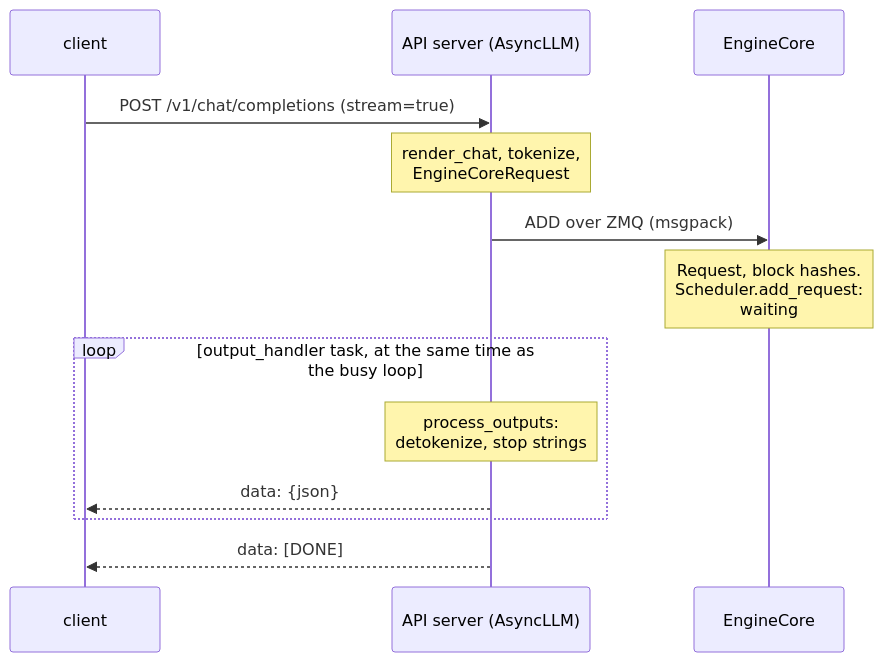
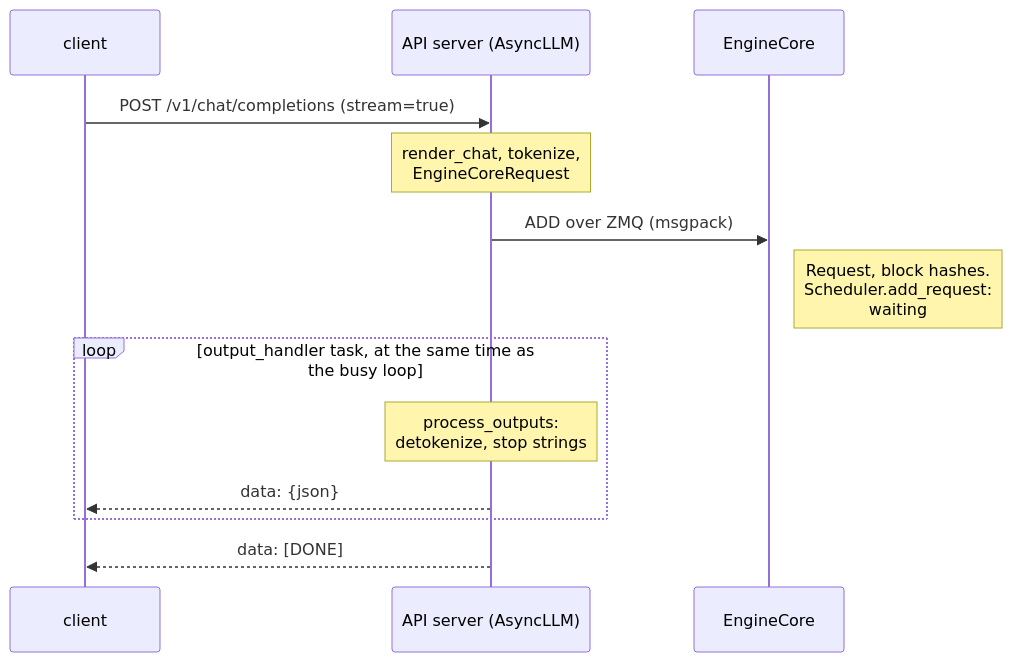
Before and after one commit to aniryou/full-stack-agentic-engineer: the second of 7 diagrams in 04-inference-engine/vllm-internals/vllm-internals-primer.md, drawn with Mermaid. The commit also changed other lines of this file and 15 other files, not shown here.

First line of the commit message:
WIP snapshot: the figure round (charts, improvements, additions) in progress (2026-10-30T18:37:14Z); not validated [skip ci]

````diff
--- a/04-inference-engine/vllm-internals/vllm-internals-primer.md
+++ b/04-inference-engine/vllm-internals/vllm-internals-primer.md
@@ -215,15 +215,15 @@
 ```mermaid
 sequenceDiagram
     participant C as client
     participant A as API server (AsyncLLM)
     participant E as EngineCore
     C->>A: POST /v1/chat/completions (stream=true)
     Note over A: render_chat, tokenize,<br/>EngineCoreRequest
     A->>E: ADD over ZMQ (msgpack)
-    Note over E: Request, block hashes.<br/>Scheduler.add_request:<br/>waiting
+    Note right of E: Request, block hashes.<br/>Scheduler.add_request:<br/>waiting
     loop output_handler task, at the same time as the busy loop
         Note over A: process_outputs:<br/>detokenize, stop strings
         A-->>C: data: {json}
     end
     A-->>C: data: [DONE]
 ```
````
